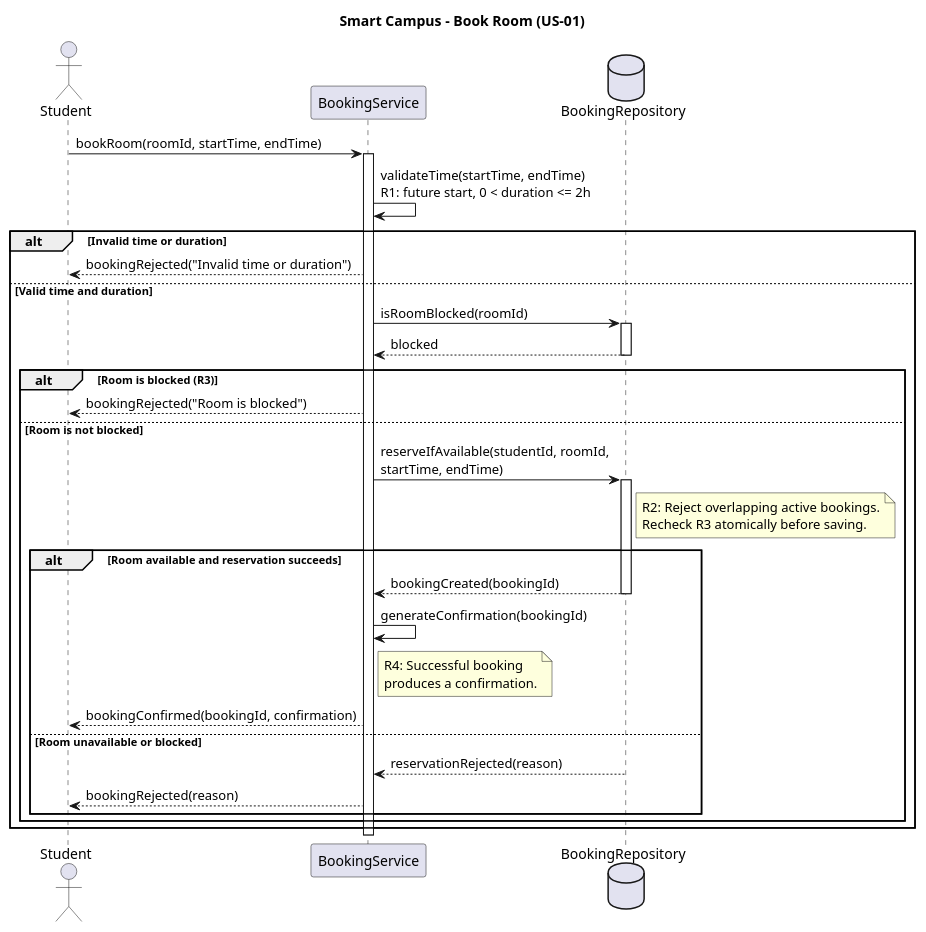
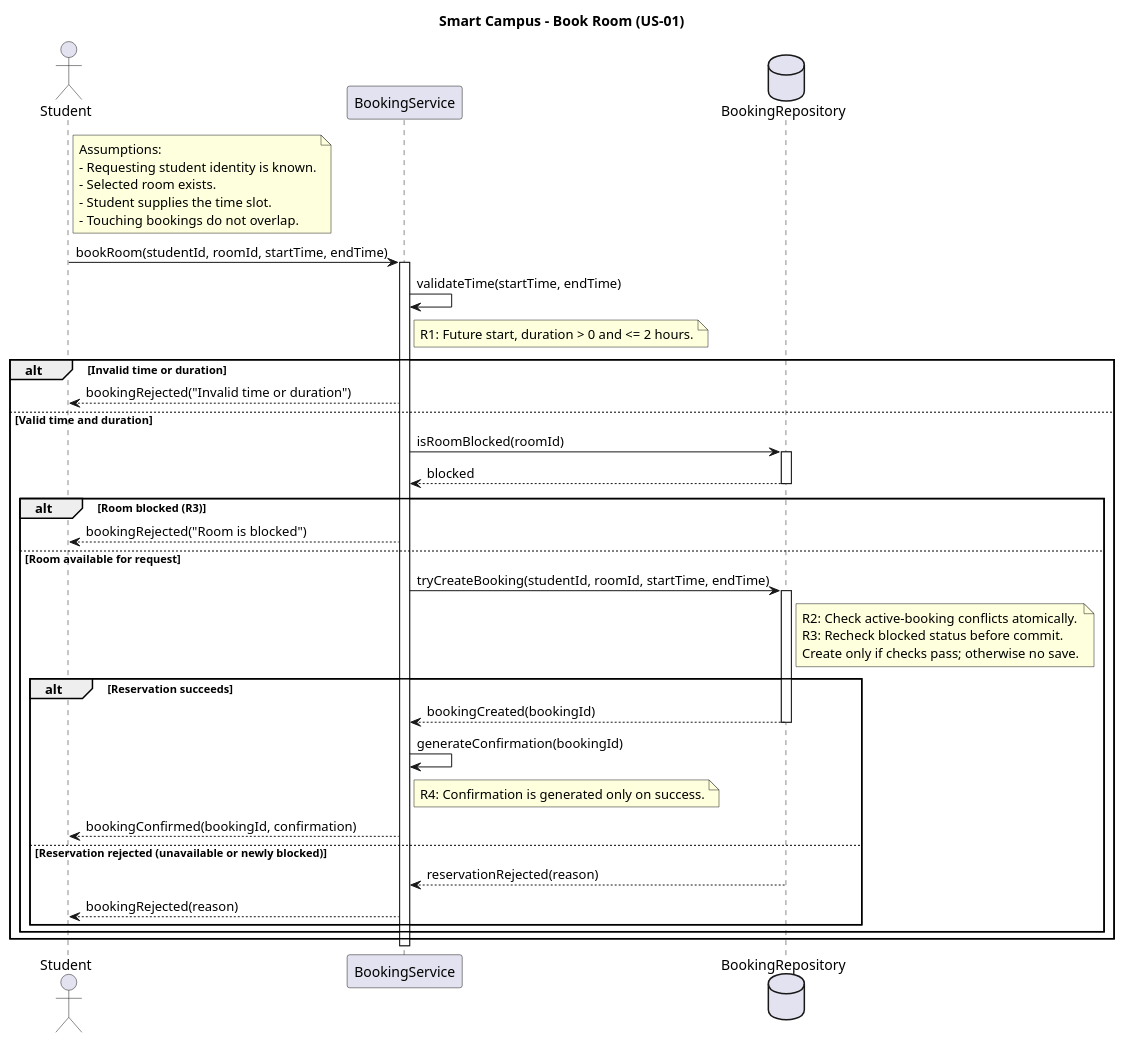
One commit to Nurkozha0607/se-practice changed the diagram in week-04/models/original/sequence.puml. Above: the diagram before and after it, drawn with PlantUML. The commit also changed 11 other files, not shown here.

Commit message:
week-04: complete UML modeling lab

```diff
--- a/week-04/models/original/sequence.puml
+++ b/week-04/models/original/sequence.puml
@@ -2,49 +1,69 @@
 @startuml
 title Smart Campus - Book Room (US-01)
 
 actor Student
 participant BookingService
 database BookingRepository
 
-Student -> BookingService : bookRoom(roomId, startTime, endTime)
+note right of Student
+Assumptions:
+- Requesting student identity is known.
+- Selected room exists.
+- Student supplies the time slot.
+- Touching bookings do not overlap.
+end note
+
+Student -> BookingService : bookRoom(studentId, roomId, startTime, endTime)
 activate BookingService
 
-BookingService -> BookingService : validateTime(startTime, endTime)\nR1: future start, 0 < duration <= 2h
+BookingService -> BookingService : validateTime(startTime, endTime)
+
+note right of BookingService
+R1: Future start, duration > 0 and <= 2 hours.
+end note
 
 alt Invalid time or duration
-    BookingService --> Student : bookingRejected("Invalid time or duration")
+ BookingService --> Student : bookingRejected("Invalid time or duration")
+
 else Valid time and duration
-    BookingService -> BookingRepository : isRoomBlocked(roomId)
-    activate BookingRepository
-    BookingRepository --> BookingService : blocked
-    deactivate BookingRepository
+ BookingService -> BookingRepository : isRoomBlocked(roomId)
+ activate BookingRepository
+ BookingRepository --> BookingService : blocked
+ deactivate BookingRepository
 
-    alt Room is blocked (R3)
-        BookingService --> Student : bookingRejected("Room is blocked")
-    else Room is not blocked
-        BookingService -> BookingRepository : reserveIfAvailable(studentId, roomId,\nstartTime, endTime)
-        activate BookingRepository
-        note right of BookingRepository
-          R2: Reject overlapping active bookings.
-          Recheck R3 atomically before saving.
-        end note
+ alt Room blocked (R3)
+  BookingService --> Student : bookingRejected("Room is blocked")
 
-        alt Room available and reservation succeeds
-            BookingRepository --> BookingService : bookingCreated(bookingId)
-            deactivate BookingRepository
-            BookingService -> BookingService : generateConfirmation(bookingId)
-            note right of BookingService
-              R4: Successful booking
-              produces a confirmation.
-            end note
-            BookingService --> Student : bookingConfirmed(bookingId, confirmation)
-        else Room unavailable or blocked
-            BookingRepository --> BookingService : reservationRejected(reason)
-            deactivate BookingRepository
-            BookingService --> Student : bookingRejected(reason)
-        end
-    end
+ else Room available for request
+  BookingService -> BookingRepository : tryCreateBooking(studentId, roomId, startTime, endTime)
+  activate BookingRepository
+
+  note right of BookingRepository
+  R2: Check active-booking conflicts atomically.
+  R3: Recheck blocked status before commit.
+  Create only if checks pass; otherwise no save.
+  end note
+
+  alt Reservation succeeds
+   BookingRepository --> BookingService : bookingCreated(bookingId)
+   deactivate BookingRepository
+
+   BookingService -> BookingService : generateConfirmation(bookingId)
+
+   note right of BookingService
+   R4: Confirmation is generated only on success.
+   end note
+
+   BookingService --> Student : bookingConfirmed(bookingId, confirmation)
+
+  else Reservation rejected (unavailable or newly blocked)
+   BookingRepository --> BookingService : reservationRejected(reason)
+   deactivate BookingRepository
+
+   BookingService --> Student : bookingRejected(reason)
+  end
+ end
 end
 
 deactivate BookingService
 @enduml
```
